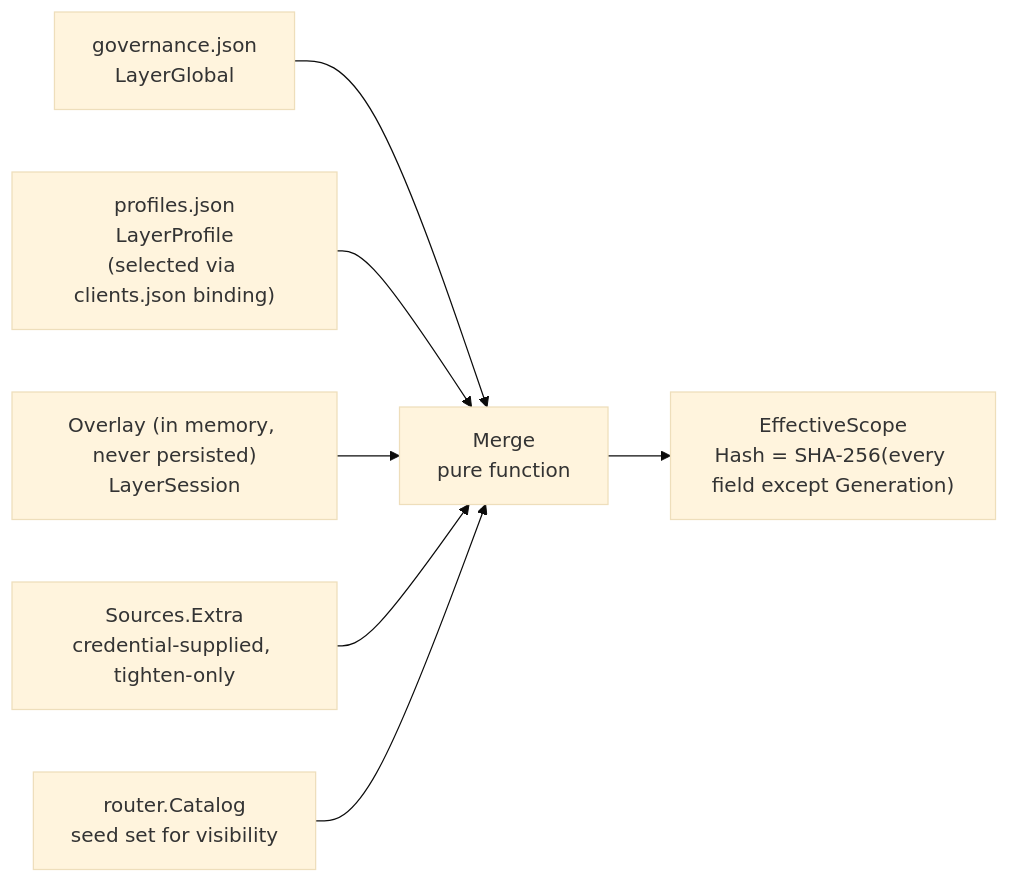
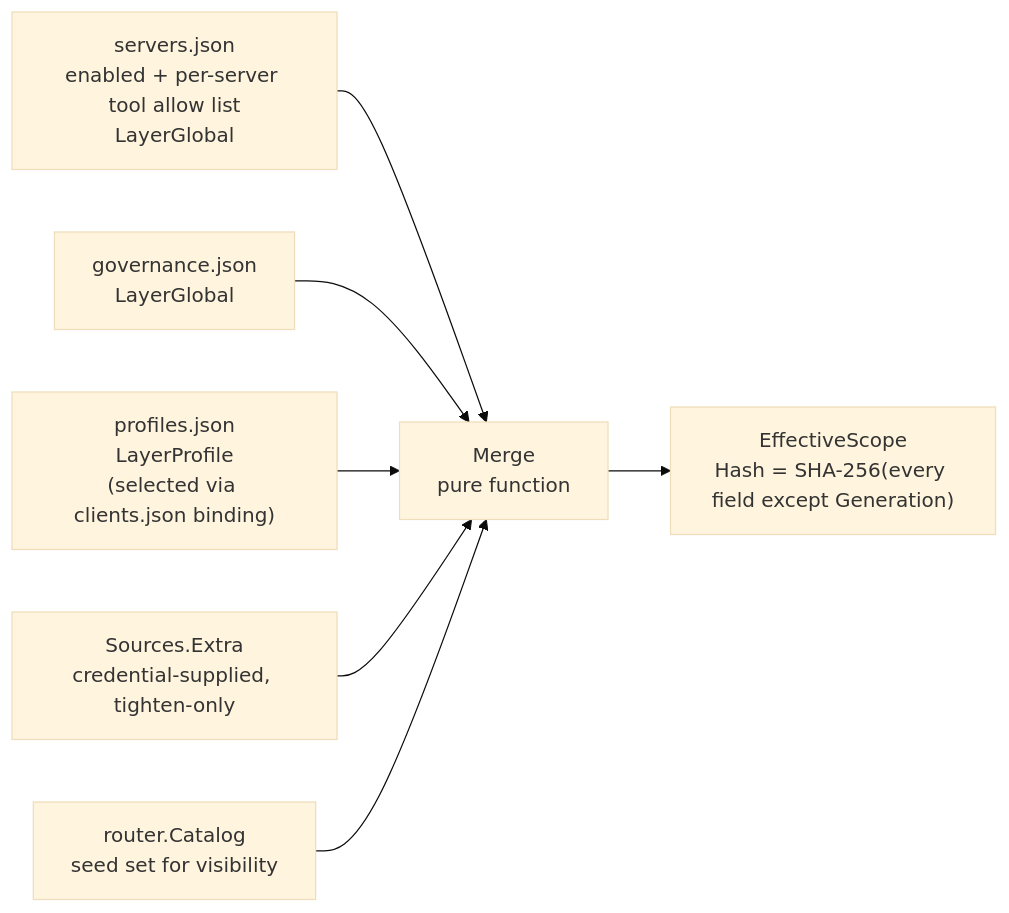
One commit to dinstein/agent-hub changed the first of 2 diagrams in docs/modules/config.md. Above: the diagram before and after it, drawn with Mermaid (base theme). The commit also changed other lines of this file and 3 other files, not shown here.

````diff
--- a/docs/modules/config.md
+++ b/docs/modules/config.md
@@ -85,9 +83,9 @@
 ```mermaid
 flowchart LR
+  S["servers.json<br/>enabled + per-server tool allow list<br/>LayerGlobal"] --> M
   G["governance.json<br/>LayerGlobal"] --> M
   P["profiles.json<br/>LayerProfile<br/>(selected via clients.json binding)"] --> M
-  O["Overlay (in memory, never persisted)<br/>LayerSession"] --> M
   X["Sources.Extra<br/>credential-supplied, tighten-only"] --> M
   CAT["router.Catalog<br/>seed set for visibility"] --> M
   M["Merge<br/>pure function"] --> ES["EffectiveScope<br/>Hash = SHA-256(every field except Generation)"]
 ```
````
